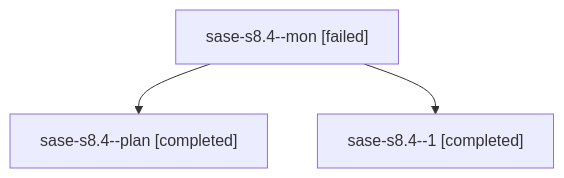
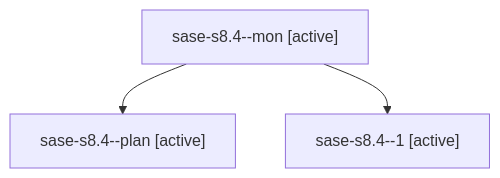
Before and after one commit to sase-org/sase--agents: the diagram in families/bbugyi200.athena.sase-s8.4.md, drawn with Mermaid. The commit also changed other lines of this file and 35830 other files, not shown here.

````diff
--- a/families/bbugyi200.athena.sase-s8.4.md
+++ b/families/bbugyi200.athena.sase-s8.4.md
@@ -9,8 +9,8 @@
 ```mermaid
 flowchart TD
-  n0["sase-s8.4--mon [failed]"]
-  n1["sase-s8.4--plan [completed]"]
+  n0["sase-s8.4--mon [active]"]
+  n1["sase-s8.4--plan [active]"]
   n0 --> n1
-  n2["sase-s8.4--1 [completed]"]
+  n2["sase-s8.4--1 [active]"]
   n0 --> n2
 ```
````
